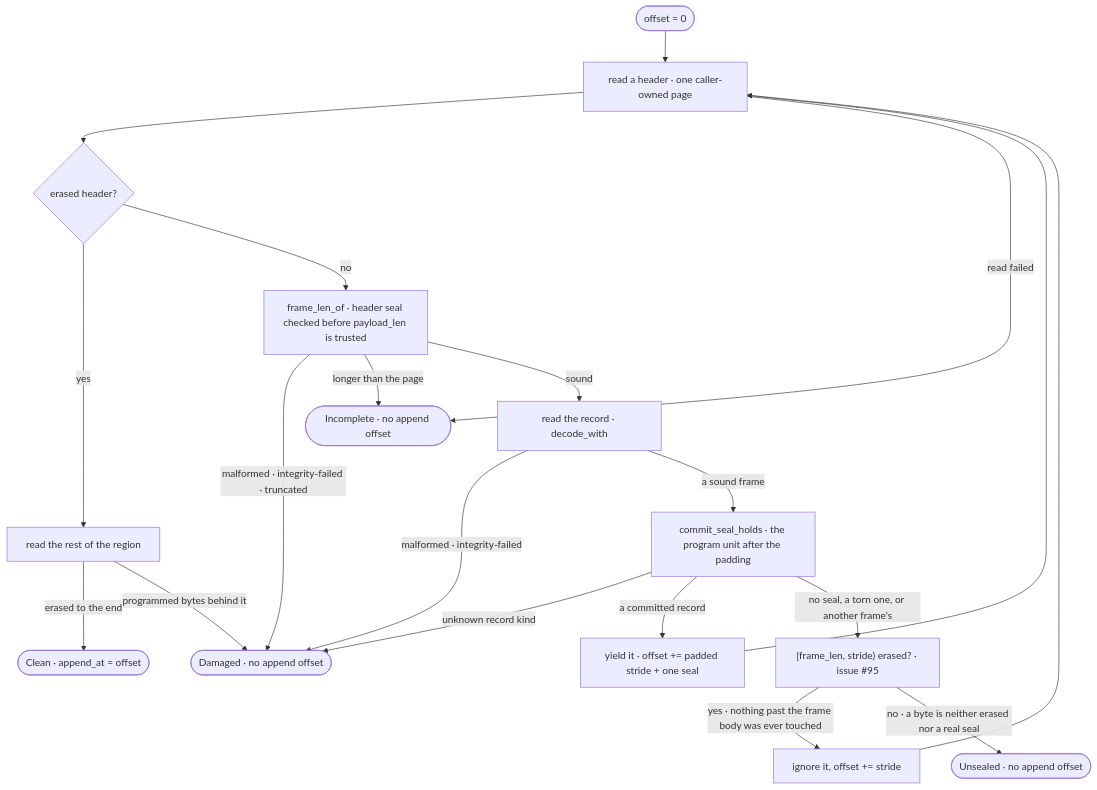
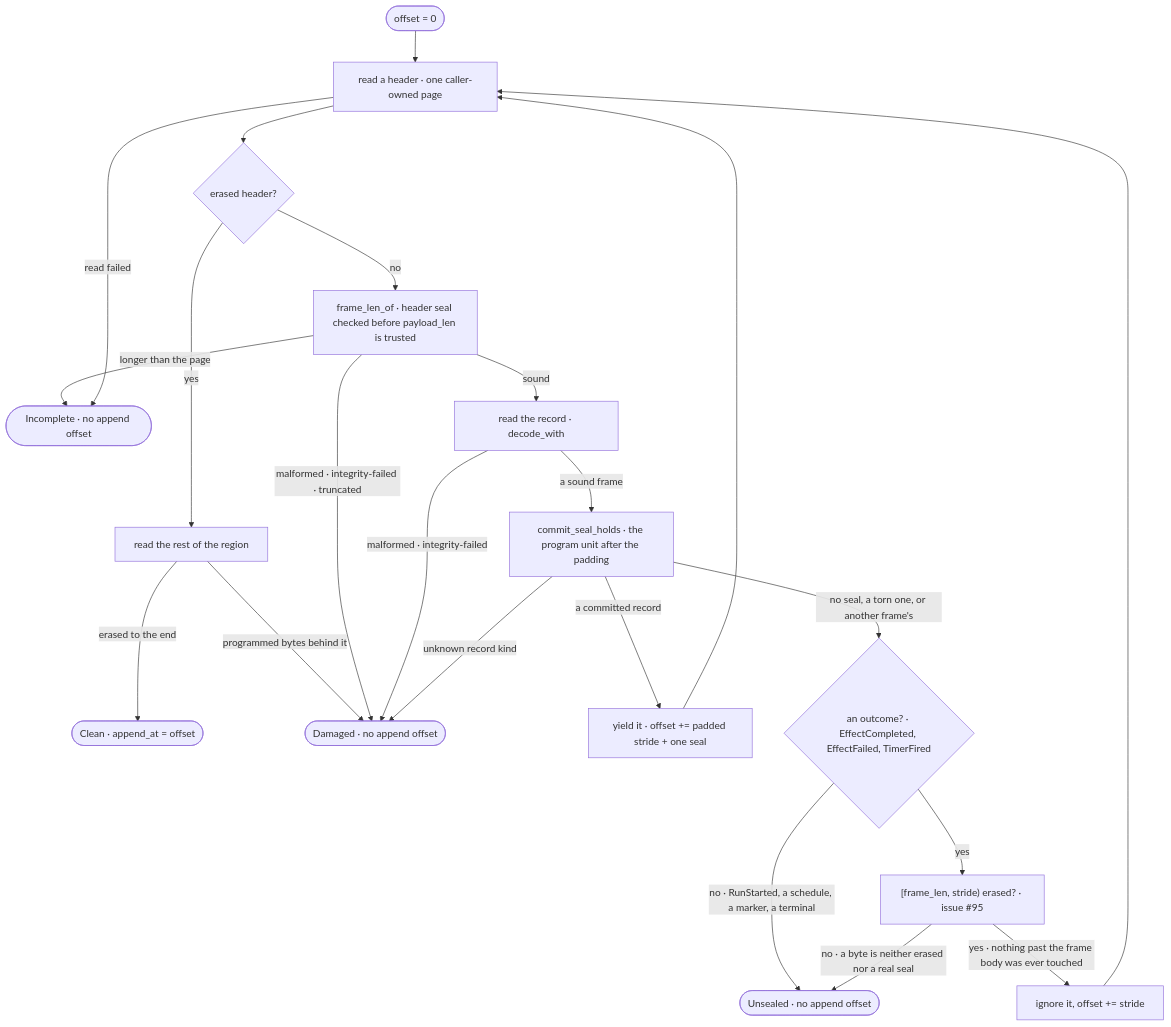
Before and after one commit to madmax983/waymaker: the ninth of 11 diagrams in docs/architecture.md, drawn with Mermaid. The commit also changed other lines of this file and 9 other files, not shown here.

````diff
--- a/docs/architecture.md
+++ b/docs/architecture.md
@@ -482,22 +485,24 @@
 ```mermaid
 flowchart TB
   start(["offset = 0"]) --> read["read a header · one caller-owned page"]
   read --> erased{"erased header?"}
   erased -- "yes" --> tail["read the rest of the region"]
   tail -- "erased to the end" --> clean(["Clean · append_at = offset"])
   tail -- "programmed bytes behind it" --> damaged(["Damaged · no append offset"])
   erased -- "no" --> len["frame_len_of · header seal checked before payload_len is trusted"]
   len -- "malformed · integrity-failed · truncated" --> damaged
   len -- "longer than the page" --> incomplete(["Incomplete · no append offset"])
   len -- "sound" --> frame["read the record · decode_with"]
   frame -- "malformed · integrity-failed" --> damaged
   frame -- "a sound frame" --> seal["commit_seal_holds · the program unit after the padding"]
   seal -- "unknown record kind" --> damaged
   seal -- "a committed record" --> yield["yield it · offset += padded stride + one seal"]
   yield --> read
-  seal -- "no seal, a torn one, or another frame's" --> slot["[frame_len, stride) erased? · issue #95"]
+  seal -- "no seal, a torn one, or another frame's" --> outcome{"an outcome? · EffectCompleted, EffectFailed, TimerFired"}
+  outcome -- "no · RunStarted, a schedule, a marker, a terminal" --> unsealed(["Unsealed · no append offset"])
+  outcome -- "yes" --> slot["[frame_len, stride) erased? · issue #95"]
   slot -- "yes · nothing past the frame body was ever touched" --> ignore["ignore it, offset += stride"]
   ignore --> read
-  slot -- "no · a byte is neither erased nor a real seal" --> unsealed(["Unsealed · no append offset"])
+  slot -- "no · a byte is neither erased nor a real seal" --> unsealed
   read -- "read failed" --> incomplete
 ```
````
